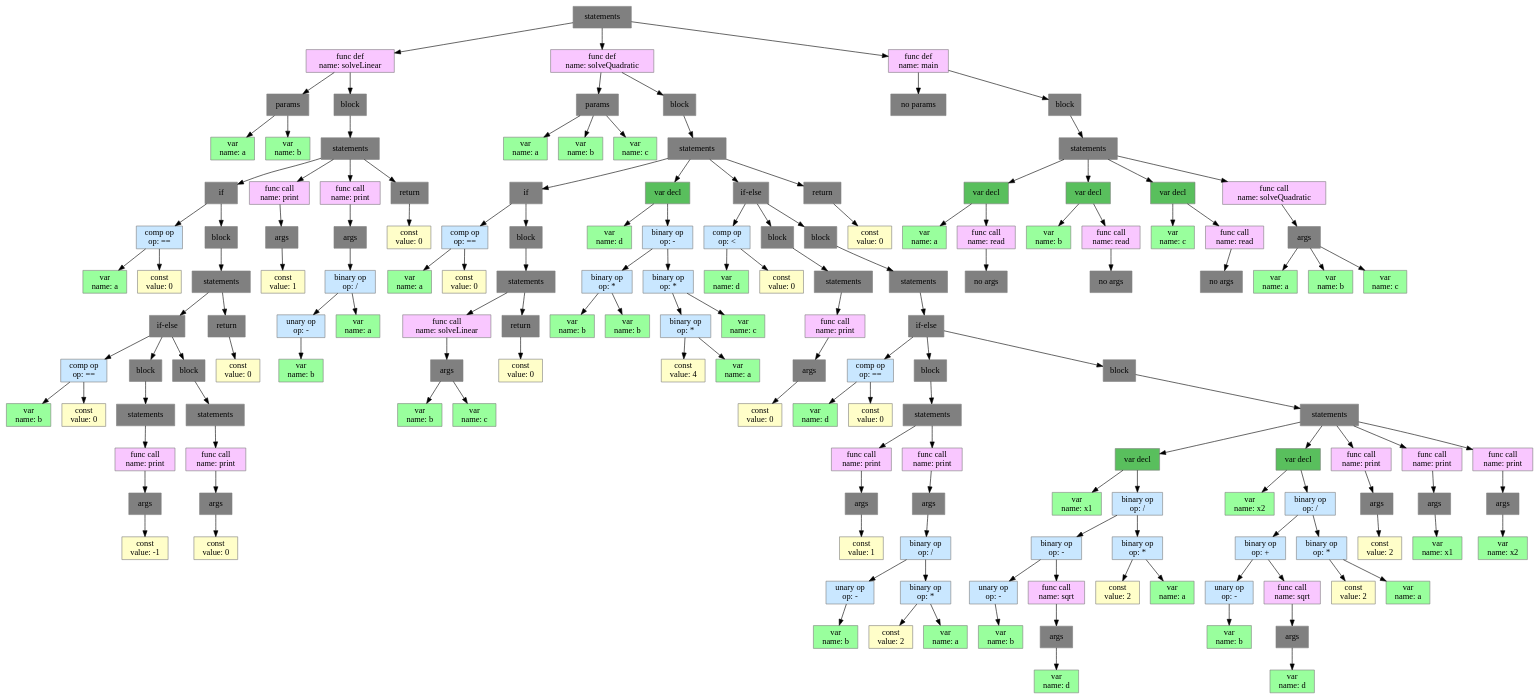
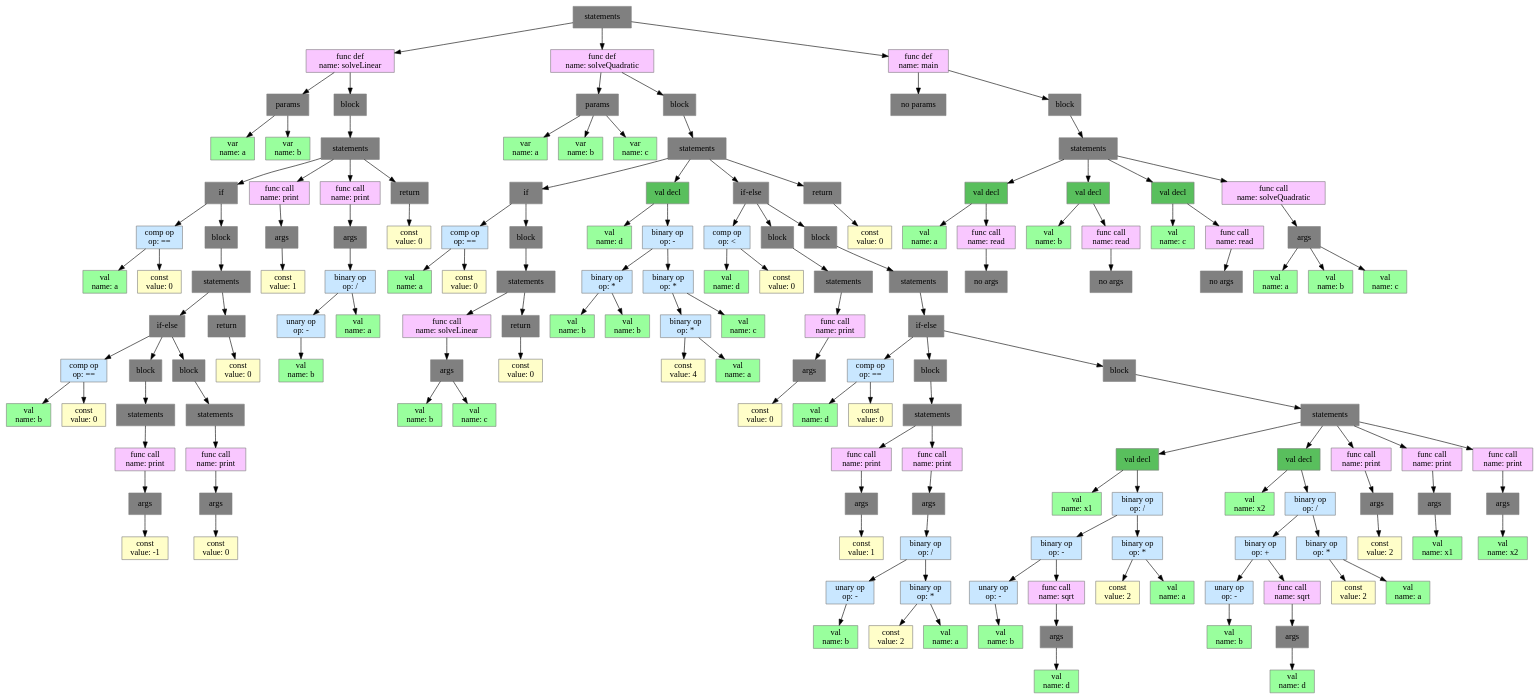
Before and after one commit to viafanasyev/compiler: the diagram in examples/quadratic_equation.txt.dot, drawn with Graphviz. The commit also changed 106 other files, not shown here.

```diff
--- a/examples/quadratic_equation.txt.dot
+++ b/examples/quadratic_equation.txt.dot
@@ -21,7 +21,7 @@
 5 [label="comp op
 op: ==", shape=box, style=filled, color="grey", fillcolor="#C9E7FF"];
 5->3
-3 [label="var
+3 [label="val
 name: a", shape=box, style=filled, color="grey", fillcolor="#99FF9D"];
 5->4
 4 [label="const
@@ -36,7 +36,7 @@
 8 [label="comp op
 op: ==", shape=box, style=filled, color="grey", fillcolor="#C9E7FF"];
 8->6
-6 [label="var
+6 [label="val
 name: b", shape=box, style=filled, color="grey", fillcolor="#99FF9D"];
 8->7
 7 [label="const
@@ -90,10 +90,10 @@
 30 [label="unary op
 op: -", shape=box, style=filled, color="grey", fillcolor="#C9E7FF"];
 30->29
-29 [label="var
+29 [label="val
 name: b", shape=box, style=filled, color="grey", fillcolor="#99FF9D"];
 32->31
-31 [label="var
+31 [label="val
 name: a", shape=box, style=filled, color="grey", fillcolor="#99FF9D"];
 37->36
 36 [label="return", shape=box, style=filled, color="grey", fillcolor="grey"];
@@ -124,7 +124,7 @@
 46 [label="comp op
 op: ==", shape=box, style=filled, color="grey", fillcolor="#C9E7FF"];
 46->44
-44 [label="var
+44 [label="val
 name: a", shape=box, style=filled, color="grey", fillcolor="#99FF9D"];
 46->45
 45 [label="const
@@ -139,10 +139,10 @@
 50->49
 49 [label="args", shape=box, style=filled, color="grey", fillcolor="grey"];
 49->47
-47 [label="var
+47 [label="val
 name: b", shape=box, style=filled, color="grey", fillcolor="#99FF9D"];
 49->48
-48 [label="var
+48 [label="val
 name: c", shape=box, style=filled, color="grey", fillcolor="#99FF9D"];
 53->52
 52 [label="return", shape=box, style=filled, color="grey", fillcolor="grey"];
@@ -150,9 +150,9 @@
 51 [label="const
 value: 0", shape=box, style=filled, color="grey", fillcolor="#FFFEC9"];
 132->66
-66 [label="var decl", shape=box, style=filled, color="grey", fillcolor="#59BF5D"];
+66 [label="val decl", shape=box, style=filled, color="grey", fillcolor="#59BF5D"];
 66->56
-56 [label="var
+56 [label="val
 name: d", shape=box, style=filled, color="grey", fillcolor="#99FF9D"];
 66->65
 65 [label="binary op
@@ -161,10 +161,10 @@
 59 [label="binary op
 op: *", shape=box, style=filled, color="grey", fillcolor="#C9E7FF"];
 59->57
-57 [label="var
+57 [label="val
 name: b", shape=box, style=filled, color="grey", fillcolor="#99FF9D"];
 59->58
-58 [label="var
+58 [label="val
 name: b", shape=box, style=filled, color="grey", fillcolor="#99FF9D"];
 65->64
 64 [label="binary op
@@ -176,10 +176,10 @@
 60 [label="const
 value: 4", shape=box, style=filled, color="grey", fillcolor="#FFFEC9"];
 62->61
-61 [label="var
+61 [label="val
 name: a", shape=box, style=filled, color="grey", fillcolor="#99FF9D"];
 64->63
-63 [label="var
+63 [label="val
 name: c", shape=box, style=filled, color="grey", fillcolor="#99FF9D"];
 132->129
 129 [label="if-else", shape=box, style=filled, color="grey", fillcolor="grey"];
@@ -187,7 +187,7 @@
 69 [label="comp op
 op: <", shape=box, style=filled, color="grey", fillcolor="#C9E7FF"];
 69->67
-67 [label="var
+67 [label="val
 name: d", shape=box, style=filled, color="grey", fillcolor="#99FF9D"];
 69->68
 68 [label="const
@@ -214,7 +214,7 @@
 77 [label="comp op
 op: ==", shape=box, style=filled, color="grey", fillcolor="#C9E7FF"];
 77->75
-75 [label="var
+75 [label="val
 name: d", shape=box, style=filled, color="grey", fillcolor="#99FF9D"];
 77->76
 76 [label="const
@@ -243,7 +243,7 @@
 82 [label="unary op
 op: -", shape=box, style=filled, color="grey", fillcolor="#C9E7FF"];
 82->81
-81 [label="var
+81 [label="val
 name: b", shape=box, style=filled, color="grey", fillcolor="#99FF9D"];
 86->85
 85 [label="binary op
@@ -252,16 +252,16 @@
 83 [label="const
 value: 2", shape=box, style=filled, color="grey", fillcolor="#FFFEC9"];
 85->84
-84 [label="var
+84 [label="val
 name: a", shape=box, style=filled, color="grey", fillcolor="#99FF9D"];
 126->125
 125 [label="block", shape=box, style=filled, color="grey", fillcolor="grey"];
 125->124
 124 [label="statements", shape=box, style=filled, color="grey", fillcolor="grey"];
 124->102
-102 [label="var decl", shape=box, style=filled, color="grey", fillcolor="#59BF5D"];
+102 [label="val decl", shape=box, style=filled, color="grey", fillcolor="#59BF5D"];
 102->91
-91 [label="var
+91 [label="val
 name: x1", shape=box, style=filled, color="grey", fillcolor="#99FF9D"];
 102->101
 101 [label="binary op
@@ -273,7 +273,7 @@
 93 [label="unary op
 op: -", shape=box, style=filled, color="grey", fillcolor="#C9E7FF"];
 93->92
-92 [label="var
+92 [label="val
 name: b", shape=box, style=filled, color="grey", fillcolor="#99FF9D"];
 97->96
 96 [label="func call
@@ -281,7 +281,7 @@
 96->95
 95 [label="args", shape=box, style=filled, color="grey", fillcolor="grey"];
 95->94
-94 [label="var
+94 [label="val
 name: d", shape=box, style=filled, color="grey", fillcolor="#99FF9D"];
 101->100
 100 [label="binary op
@@ -290,12 +290,12 @@
 98 [label="const
 value: 2", shape=box, style=filled, color="grey", fillcolor="#FFFEC9"];
 100->99
-99 [label="var
+99 [label="val
 name: a", shape=box, style=filled, color="grey", fillcolor="#99FF9D"];
 124->114
-114 [label="var decl", shape=box, style=filled, color="grey", fillcolor="#59BF5D"];
+114 [label="val decl", shape=box, style=filled, color="grey", fillcolor="#59BF5D"];
 114->103
-103 [label="var
+103 [label="val
 name: x2", shape=box, style=filled, color="grey", fillcolor="#99FF9D"];
 114->113
 113 [label="binary op
@@ -307,7 +307,7 @@
 105 [label="unary op
 op: -", shape=box, style=filled, color="grey", fillcolor="#C9E7FF"];
 105->104
-104 [label="var
+104 [label="val
 name: b", shape=box, style=filled, color="grey", fillcolor="#99FF9D"];
 109->108
 108 [label="func call
@@ -315,7 +315,7 @@
 108->107
 107 [label="args", shape=box, style=filled, color="grey", fillcolor="grey"];
 107->106
-106 [label="var
+106 [label="val
 name: d", shape=box, style=filled, color="grey", fillcolor="#99FF9D"];
 113->112
 112 [label="binary op
@@ -324,7 +324,7 @@
 110 [label="const
 value: 2", shape=box, style=filled, color="grey", fillcolor="#FFFEC9"];
 112->111
-111 [label="var
+111 [label="val
 name: a", shape=box, style=filled, color="grey", fillcolor="#99FF9D"];
 124->117
 117 [label="func call
@@ -340,7 +340,7 @@
 120->119
 119 [label="args", shape=box, style=filled, color="grey", fillcolor="grey"];
 119->118
-118 [label="var
+118 [label="val
 name: x1", shape=box, style=filled, color="grey", fillcolor="#99FF9D"];
 124->123
 123 [label="func call
@@ -348,7 +348,7 @@
 123->122
 122 [label="args", shape=box, style=filled, color="grey", fillcolor="grey"];
 122->121
-121 [label="var
+121 [label="val
 name: x2", shape=box, style=filled, color="grey", fillcolor="#99FF9D"];
 132->131
 131 [label="return", shape=box, style=filled, color="grey", fillcolor="grey"];
@@ -365,9 +365,9 @@
 154->153
 153 [label="statements", shape=box, style=filled, color="grey", fillcolor="grey"];
 153->139
-139 [label="var decl", shape=box, style=filled, color="grey", fillcolor="#59BF5D"];
+139 [label="val decl", shape=box, style=filled, color="grey", fillcolor="#59BF5D"];
 139->136
-136 [label="var
+136 [label="val
 name: a", shape=box, style=filled, color="grey", fillcolor="#99FF9D"];
 139->138
 138 [label="func call
@@ -375,9 +375,9 @@
 138->137
 137 [label="no args", shape=box, style=filled, color="grey", fillcolor="grey"];
 153->143
-143 [label="var decl", shape=box, style=filled, color="grey", fillcolor="#59BF5D"];
+143 [label="val decl", shape=box, style=filled, color="grey", fillcolor="#59BF5D"];
 143->140
-140 [label="var
+140 [label="val
 name: b", shape=box, style=filled, color="grey", fillcolor="#99FF9D"];
 143->142
 142 [label="func call
@@ -385,9 +385,9 @@
 142->141
 141 [label="no args", shape=box, style=filled, color="grey", fillcolor="grey"];
 153->147
-147 [label="var decl", shape=box, style=filled, color="grey", fillcolor="#59BF5D"];
+147 [label="val decl", shape=box, style=filled, color="grey", fillcolor="#59BF5D"];
 147->144
-144 [label="var
+144 [label="val
 name: c", shape=box, style=filled, color="grey", fillcolor="#99FF9D"];
 147->146
 146 [label="func call
@@ -400,12 +400,12 @@
 152->151
 151 [label="args", shape=box, style=filled, color="grey", fillcolor="grey"];
 151->148
-148 [label="var
+148 [label="val
 name: a", shape=box, style=filled, color="grey", fillcolor="#99FF9D"];
 151->149
-149 [label="var
+149 [label="val
 name: b", shape=box, style=filled, color="grey", fillcolor="#99FF9D"];
 151->150
-150 [label="var
+150 [label="val
 name: c", shape=box, style=filled, color="grey", fillcolor="#99FF9D"];
 }
```
